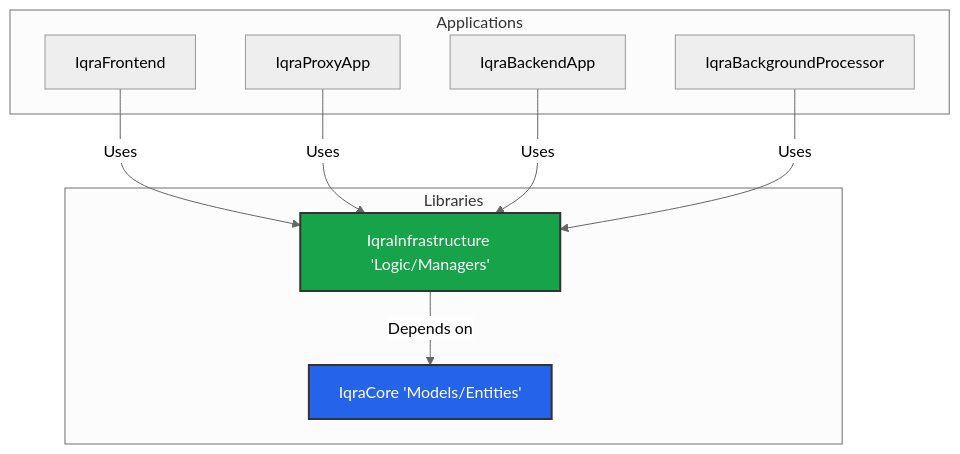
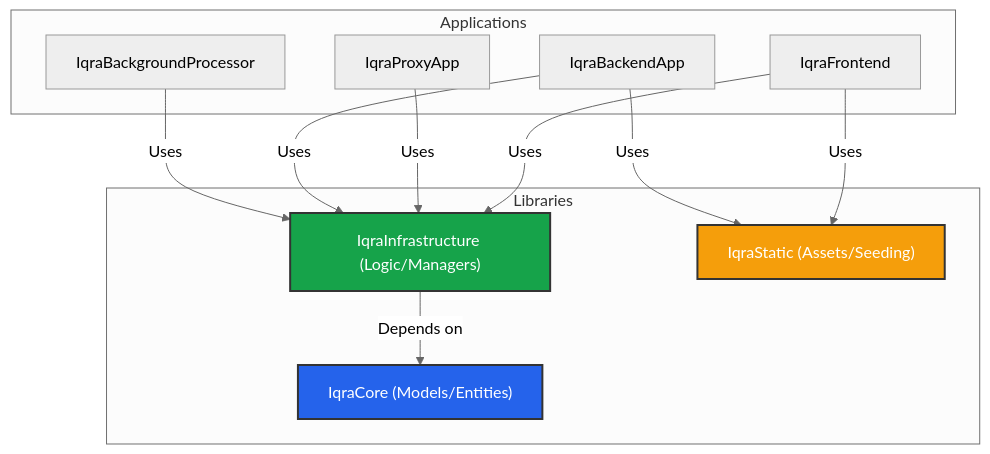
The diagram in content/docs/developers/architecture/system-design.mdx (abdofallah/IqraAI-Docs), drawn with Mermaid (neutral theme) before and after one commit. The commit also changed other lines of this file and 26 other files, not shown here.

````diff
--- a/content/docs/developers/architecture/system-design.mdx
+++ b/content/docs/developers/architecture/system-design.mdx
@@ -14,23 +14,27 @@
 ```mermaid
 graph TD
     subgraph Libraries
-        Core[IqraCore 'Models/Entities']
-        Infra[IqraInfrastructure 'Logic/Managers']
+        Core["IqraCore (Models/Entities)"]
+        Infra["IqraInfrastructure (Logic/Managers)"]
+        Static["IqraStatic (Assets/Seeding)"]
     end
 
     subgraph Applications
         Front[IqraFrontend]
         Proxy[IqraProxyApp]
         Back[IqraBackendApp]
         BG[IqraBackgroundProcessor]
     end
 
     Infra -->|Depends on| Core
     Front -->|Uses| Infra
+    Front -->|Uses| Static
     Proxy -->|Uses| Infra
     Back -->|Uses| Infra
+    Back -->|Uses| Static
     BG -->|Uses| Infra
     
     style Core fill:#2563eb,stroke:#333,stroke-width:2px,color:#fff
     style Infra fill:#16a34a,stroke:#333,stroke-width:2px,color:#fff
+    style Static fill:#f59e0b,stroke:#333,stroke-width:2px,color:#fff
 ```
````
